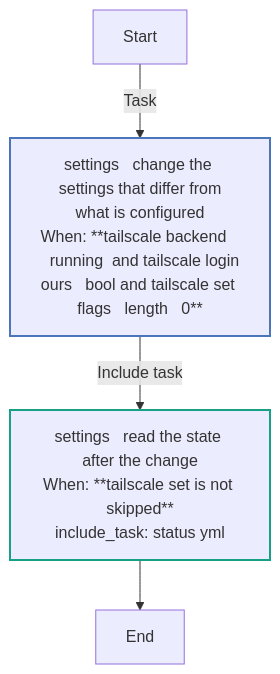
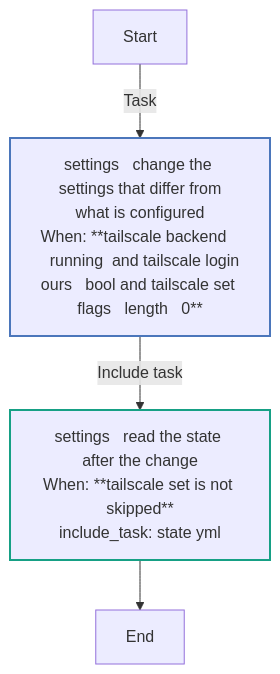
The tenth of 13 diagrams in docs/reference/roles/tailscale.md (kawadeomkar/claude-on-proxmox), drawn with Mermaid before and after one commit. The commit also changed other lines of this file and 45 other files, not shown here.

````diff
--- a/docs/reference/roles/tailscale.md
+++ b/docs/reference/roles/tailscale.md
@@ -482,16 +498,16 @@
 ```mermaid
 flowchart TD
 Start
 classDef block stroke:#3498db,stroke-width:2px;
 classDef task stroke:#4b76bb,stroke-width:2px;
 classDef includeTasks stroke:#16a085,stroke-width:2px;
 classDef importTasks stroke:#34495e,stroke-width:2px;
 classDef includeRole stroke:#2980b9,stroke-width:2px;
 classDef importRole stroke:#699ba7,stroke-width:2px;
 classDef includeVars stroke:#8e44ad,stroke-width:2px;
 classDef rescue stroke:#665352,stroke-width:2px;
 
   Start-->|Task| settings___Change_the_settings_that_differ_from_what_is_configured0[settings   change the settings that differ from<br>what is configured<br>When: **tailscale backend     running  and tailscale login<br>ours   bool and tailscale set flags   length   0**]:::task
-  settings___Change_the_settings_that_differ_from_what_is_configured0-->|Include task| settings___Read_the_state_after_the_change_status_yml_1[settings   read the state after the change<br>When: **tailscale set is not skipped**<br>include_task: status yml]:::includeTasks
-  settings___Read_the_state_after_the_change_status_yml_1-->End
+  settings___Change_the_settings_that_differ_from_what_is_configured0-->|Include task| settings___Read_the_state_after_the_change_state_yml_1[settings   read the state after the change<br>When: **tailscale set is not skipped**<br>include_task: state yml]:::includeTasks
+  settings___Read_the_state_after_the_change_state_yml_1-->End
 ```
````
